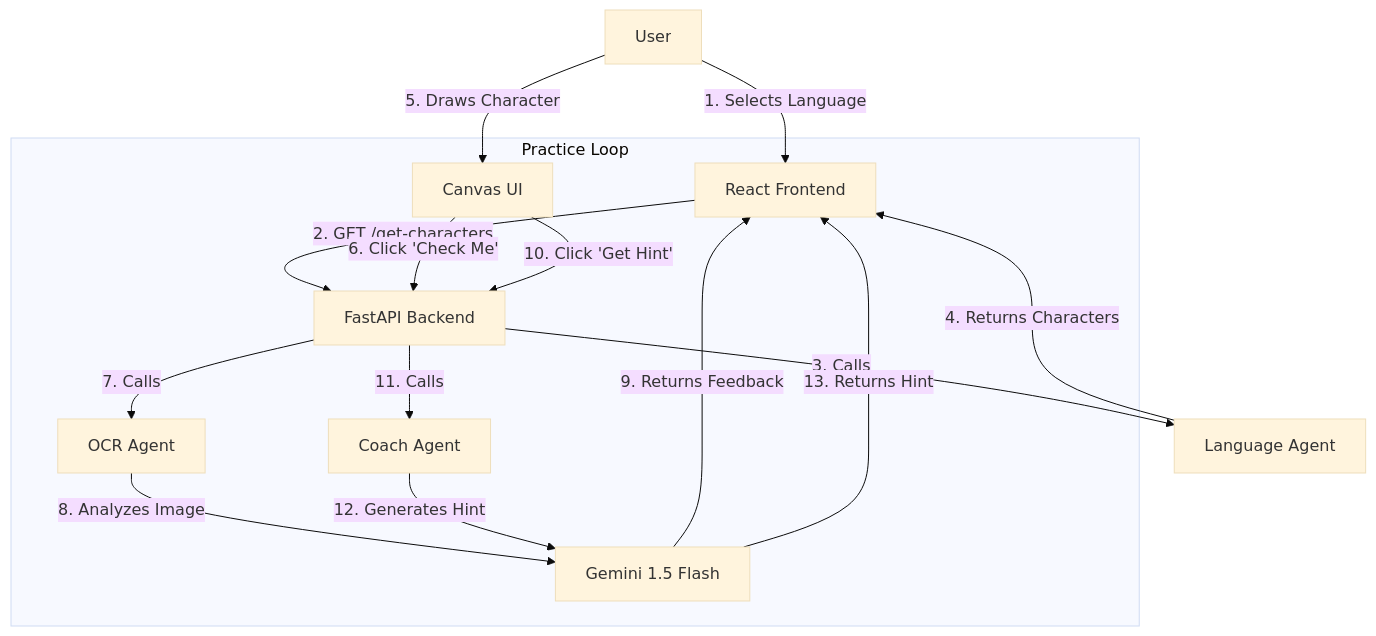
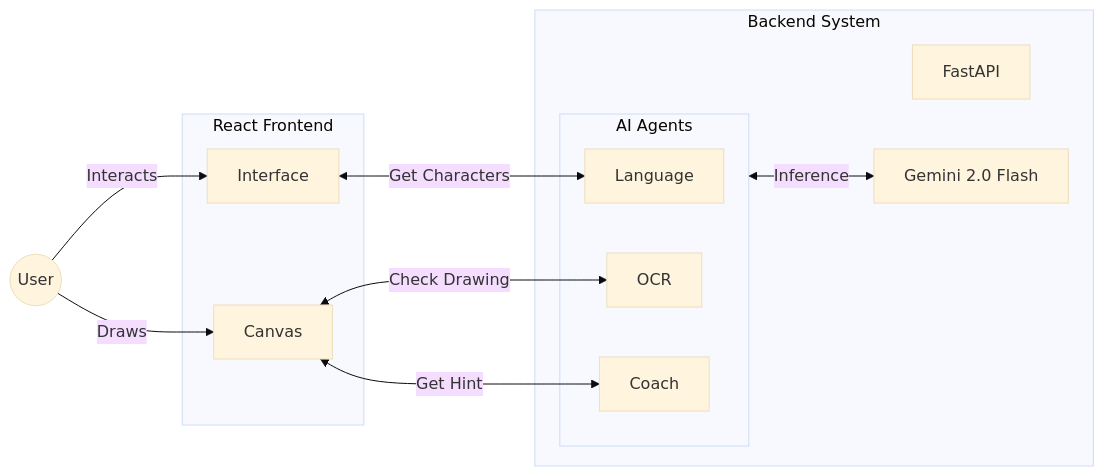
The diagram in README.md (DIlRawat/chalk), drawn with Mermaid (base theme) before and after one commit. The commit also changed 1 other file, not shown here.

Commit message:
Updated the allow orign to frontend only and updated readme

````diff
--- a/README.md
+++ b/README.md
@@ -18,21 +18,30 @@
 ```mermaid
-graph TD
-    User[User] -->|1. Selects Language| Frontend[React Frontend]
-    Frontend -->|2. GET /get-characters| Backend[FastAPI Backend]
-    Backend -->|3. Calls| LangAgent[Language Agent]
-    LangAgent -->|4. Returns Characters| Frontend
+graph LR
+    User((User))
     
-    User -->|5. Draws Character| Canvas[Canvas UI]
+    subgraph Frontend [React Frontend]
+        UI[Interface]
+        Canvas[Canvas]
+    end
+
+    subgraph Backend [Backend System]
+        API[FastAPI]
+        
+        subgraph Agents [AI Agents]
+            Lang[Language]
+            OCR[OCR]
+            Coach[Coach]
+        end
+        
+        Gemini[Gemini 2.0 Flash]
+    end
+
+    User -->|Interacts| UI
+    User -->|Draws| Canvas
     
-    subgraph "Practice Loop"
-        Canvas -->|6. Click 'Check Me'| Backend
-        Backend -->|7. Calls| OCRAgent[OCR Agent]
-        OCRAgent -->|8. Analyzes Image| Vision[Gemini 1.5 Flash]
-        Vision -->|9. Returns Feedback| Frontend
-        
-        Canvas -->|10. Click 'Get Hint'| Backend
-        Backend -->|11. Calls| CoachAgent[Coach Agent]
-        CoachAgent -->|12. Generates Hint| Vision
-        Vision -->|13. Returns Hint| Frontend
-    end
+    UI <-->|Get Characters| Lang
+    Canvas <-->|Check Drawing| OCR
+    Canvas <-->|Get Hint| Coach
+    
+    Agents <-->|Inference| Gemini
 ```
````
